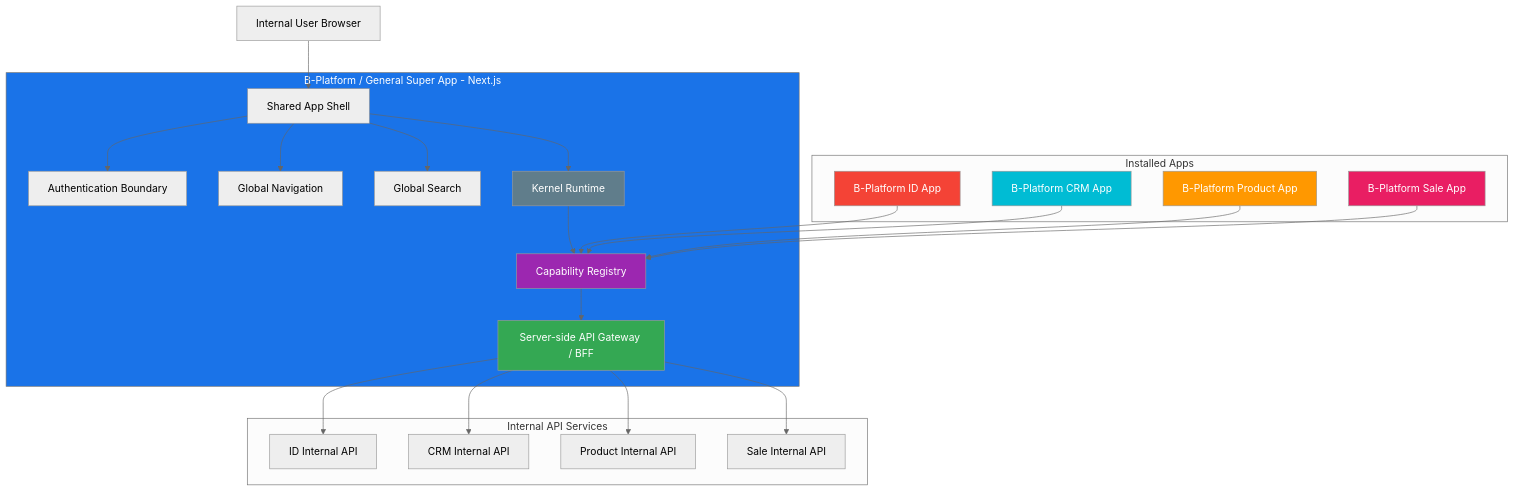
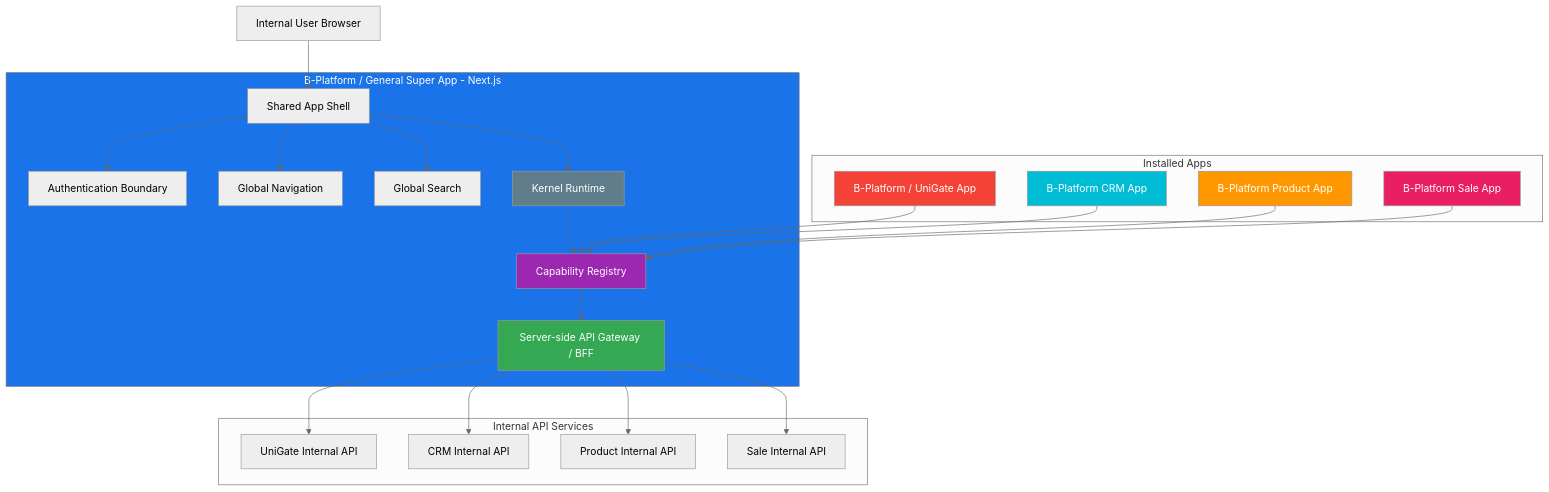
The first of 3 diagrams in products/bplatform-general/architecture/super-app.md (b-platform-vn/docs--business-requirements), drawn with Mermaid (neutral theme) before and after one commit. The commit also changed other lines of this file and 24 other files, not shown here.

Commit message:
Add UniGate identity platform and B-Platform Super App design system

````diff
--- a/products/bplatform-general/architecture/super-app.md
+++ b/products/bplatform-general/architecture/super-app.md
@@ -68,53 +68,53 @@
 ```mermaid
 graph TD
     Browser[Internal User Browser]
 
     subgraph SuperApp[B-Platform / General Super App - Next.js]
         Shell[Shared App Shell]
         Auth[Authentication Boundary]
         Nav[Global Navigation]
         Search[Global Search]
         Kernel[Kernel Runtime]
         Registry[Capability Registry]
         Gateway[Server-side API Gateway / BFF]
     end
 
     subgraph InstalledApps[Installed Apps]
-        ID[B-Platform ID App]
+        UniGate[B-Platform / UniGate App]
         CRM[B-Platform CRM App]
         Product[B-Platform Product App]
         Sale[B-Platform Sale App]
     end
 
     subgraph InternalAPIs[Internal API Services]
-        IDAPI[ID Internal API]
+        UniGateAPI[UniGate Internal API]
         CRMAPI[CRM Internal API]
         ProductAPI[Product Internal API]
         SaleAPI[Sale Internal API]
     end
 
     Browser --> Shell
     Shell --> Auth
     Shell --> Nav
     Shell --> Search
     Shell --> Kernel
     Kernel --> Registry
-    ID --> Registry
+    UniGate --> Registry
     CRM --> Registry
     Product --> Registry
     Sale --> Registry
     Registry --> Gateway
-    Gateway --> IDAPI
+    Gateway --> UniGateAPI
     Gateway --> CRMAPI
     Gateway --> ProductAPI
     Gateway --> SaleAPI
 
     style SuperApp fill:#1a73e8,color:#fff
     style Kernel fill:#607D8B,color:#fff
     style Registry fill:#9C27B0,color:#fff
     style Gateway fill:#34a853,color:#fff
-    style ID fill:#F44336,color:#fff
+    style UniGate fill:#F44336,color:#fff
     style CRM fill:#00BCD4,color:#fff
     style Product fill:#FF9800,color:#fff
     style Sale fill:#E91E63,color:#fff
 ```
````
